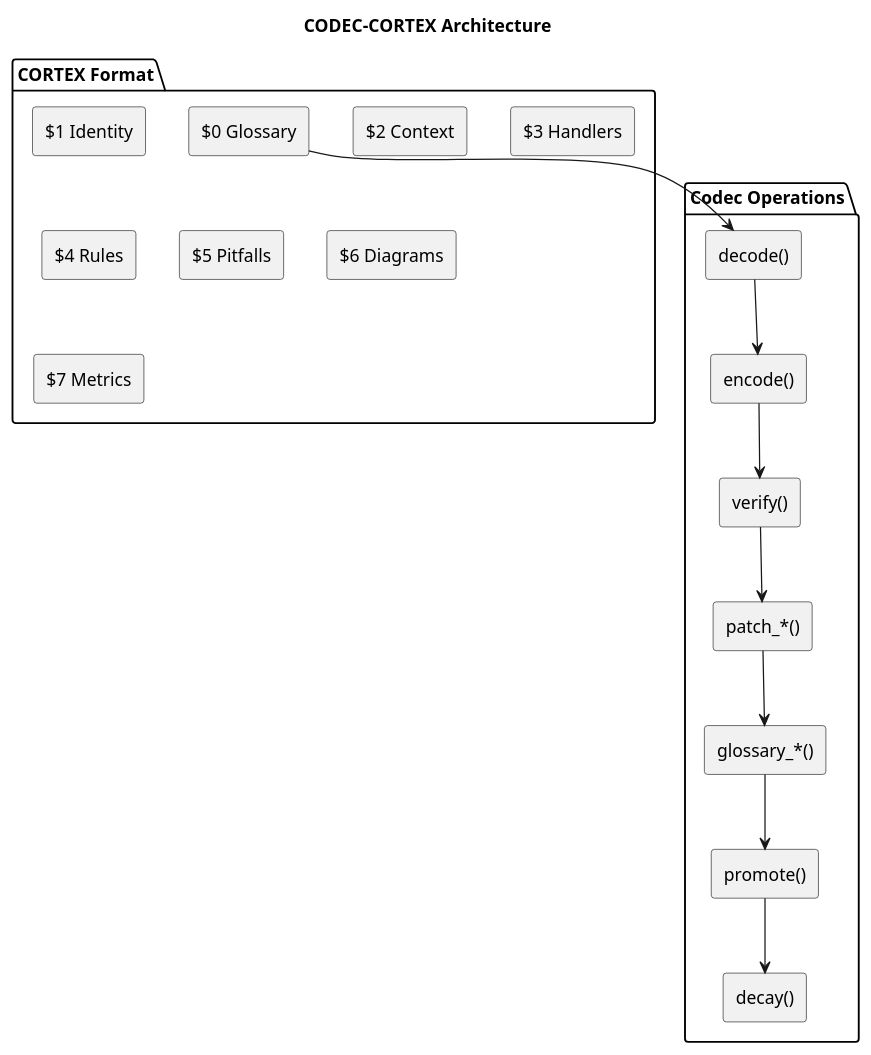
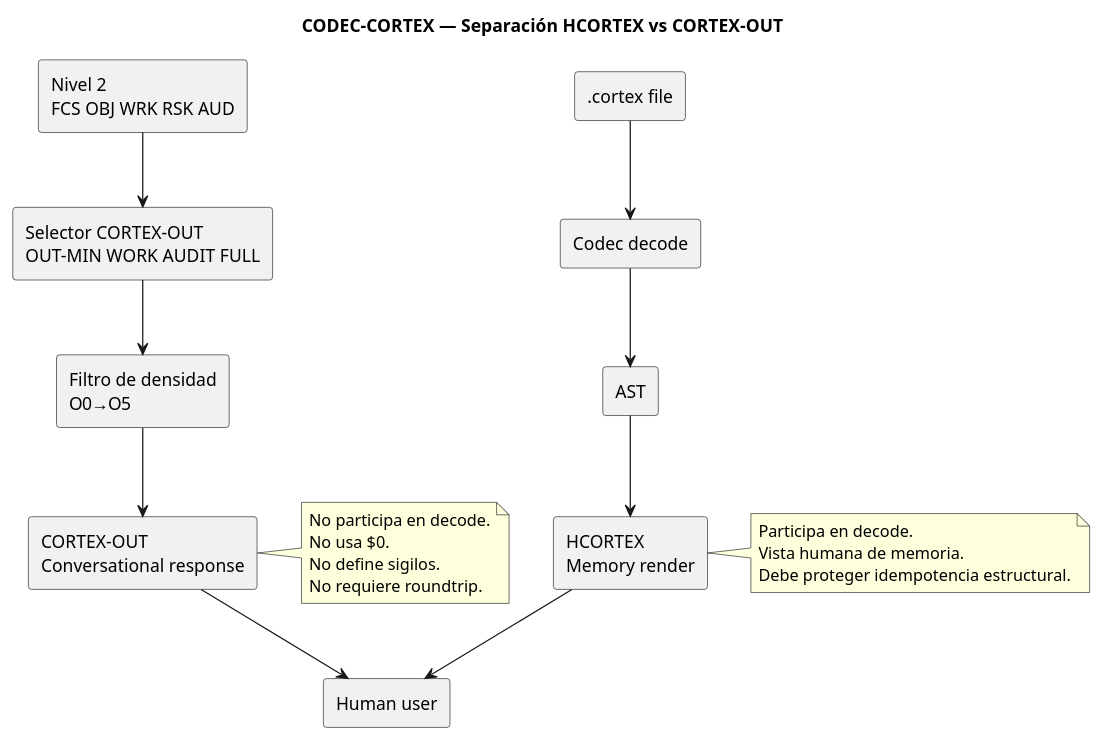
One commit to FidelErnesto03/codec-cortex changed the sixth of 10 diagrams in skill/SKILL.md. Above: the diagram before and after it, drawn with PlantUML. The commit also changed other lines of this file and 109 other files, not shown here.

````diff
--- a/skill/SKILL.md
+++ b/skill/SKILL.md
@@ -74,34 +944,39 @@
 ```puml
 @startuml
-title CODEC-CORTEX Architecture
+title CODEC-CORTEX — Separación HCORTEX vs CORTEX-OUT
 
-package "CORTEX Format" {
-  rectangle "$0 Glossary" as g
-  rectangle "$1 Identity" as i
-  rectangle "$2 Context" as c
-  rectangle "$3 Handlers" as h
-  rectangle "$4 Rules" as r
-  rectangle "$5 Pitfalls" as p
-  rectangle "$6 Diagrams" as d
-  rectangle "$7 Metrics" as m
-}
+rectangle ".cortex file" as C
+rectangle "Codec decode" as D
+rectangle "AST" as A
+rectangle "HCORTEX\nMemory render" as H
 
-package "Codec Operations" {
-  rectangle "decode()" as dec
-  rectangle "encode()" as enc
-  rectangle "verify()" as ver
-  rectangle "patch_*()" as pat
-  rectangle "glossary_*()" as glo
-  rectangle "promote()" as pro
-  rectangle "decay()" as dey
-}
+rectangle "Nivel 2\nFCS OBJ WRK RSK AUD" as B
+rectangle "Selector CORTEX-OUT\nOUT-MIN WORK AUDIT FULL" as P
+rectangle "Filtro de densidad\nO0→O5" as F
+rectangle "CORTEX-OUT\nConversational response" as O
+rectangle "Human user" as U
 
-g --> dec
-dec --> enc
-enc --> ver
-ver --> pat
-pat --> glo
-glo --> pro
-pro --> dey
+C --> D
+D --> A
+A --> H
+H --> U
+
+B --> P
+P --> F
+F --> O
+O --> U
+
+note right of H
+  Participa en decode.
+  Vista humana de memoria.
+  Debe proteger idempotencia estructural.
+end note
+
+note right of O
+  No participa en decode.
+  No usa $0.
+  No define sigilos.
+  No requiere roundtrip.
+end note
 @enduml
 ```
````
